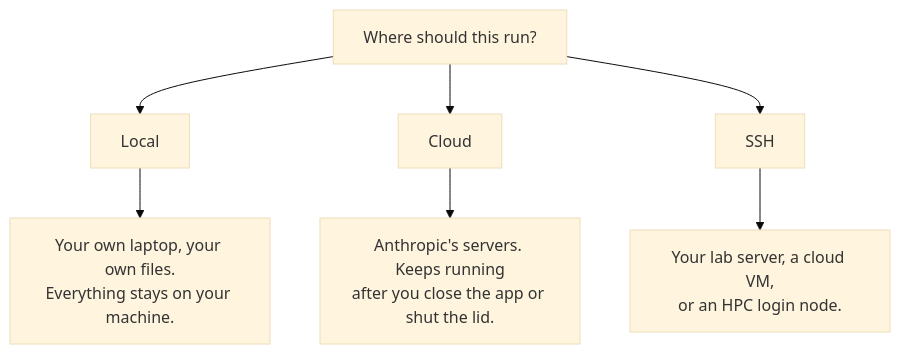
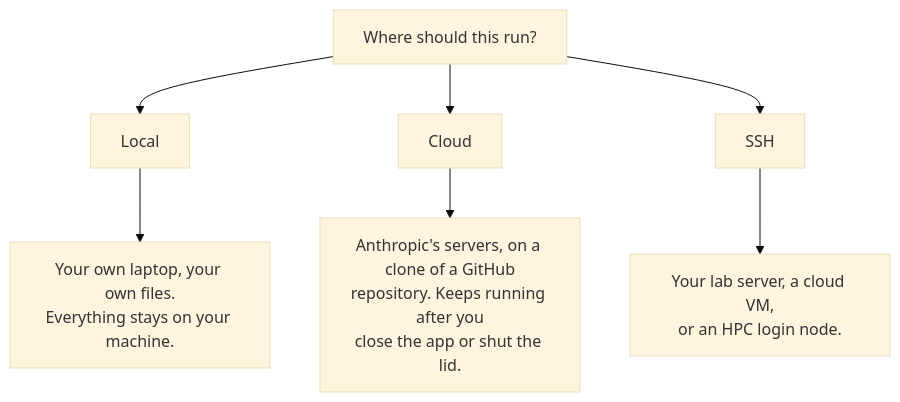
The fourth of 5 diagrams in Intro_to_Agentic_Workflows_for_Researchers/CLAUDE_CODE_FOR_RESEARCHERS.md (GDS-Education-Community-of-Practice/DSECOP), drawn with Mermaid (base theme) before and after one commit. The commit also changed other lines of this file and 6 other files, not shown here.

````diff
--- a/Intro_to_Agentic_Workflows_for_Researchers/CLAUDE_CODE_FOR_RESEARCHERS.md
+++ b/Intro_to_Agentic_Workflows_for_Researchers/CLAUDE_CODE_FOR_RESEARCHERS.md
@@ -390,9 +394,9 @@
 ```mermaid
 flowchart TD
     S["Where should this run?"] --> L["Local"]
     S --> C["Cloud"]
     S --> H["SSH"]
     L --> L1["Your own laptop, your own files.<br>Everything stays on your machine."]
-    C --> C1["Anthropic's servers. Keeps running<br>after you close the app or shut the lid."]
+    C --> C1["Anthropic's servers, on a clone of a GitHub<br>repository. Keeps running after you<br>close the app or shut the lid."]
     H --> H1["Your lab server, a cloud VM,<br>or an HPC login node."]
 ```
````
